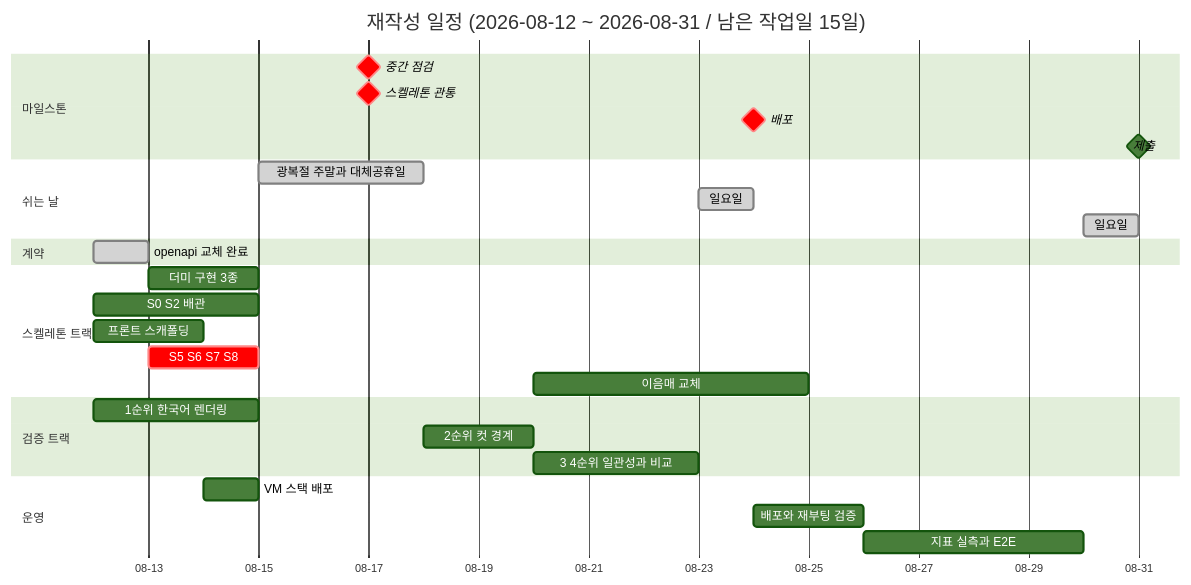
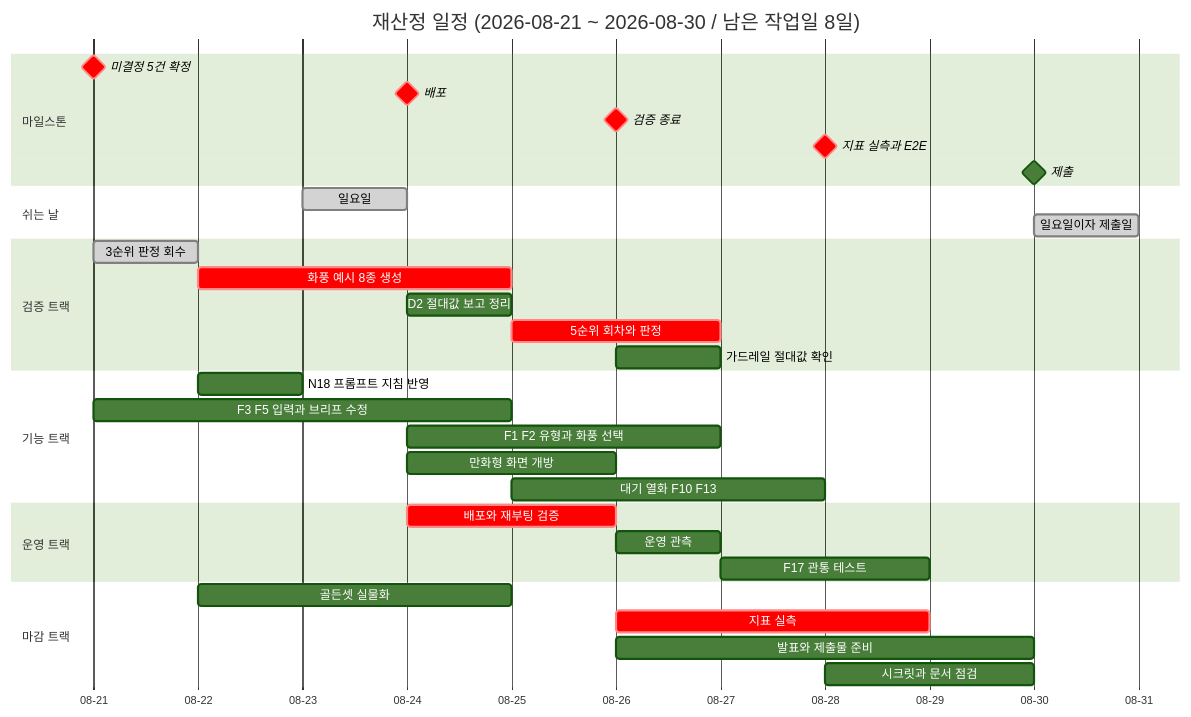
One commit to Codeit-AI10-Part4-3Team/AI10-Part4-3Team-Advanced-Project changed the first of 2 diagrams in docs/역할_일정/00-overall.md. Above: the diagram before and after it, drawn with Mermaid (forest theme). The commit also changed other lines of this file and 12 other files, not shown here.

````diff
--- a/docs/역할_일정/00-overall.md
+++ b/docs/역할_일정/00-overall.md
@@ -108,37 +120,42 @@
 ```mermaid
 gantt
-    title 재작성 일정 (2026-08-12 ~ 2026-08-31 / 남은 작업일 15일)
+    title 재산정 일정 (2026-08-21 ~ 2026-08-30 / 남은 작업일 8일)
     dateFormat YYYY-MM-DD
     axisFormat %m-%d
 
     section 마일스톤
-    중간 점검            :crit, milestone, m3, 2026-08-17, 0d
-    스켈레톤 관통        :crit, milestone, m4, 2026-08-17, 0d
-    배포                :crit, milestone, m5, 2026-08-24, 0d
-    제출                :milestone, m6, 2026-08-31, 0d
+    미결정 5건 확정 :crit, milestone, m1, 2026-08-21, 0d
+    배포                :crit, milestone, m2, 2026-08-24, 0d
+    검증 종료            :crit, milestone, m3, 2026-08-26, 0d
+    지표 실측과 E2E      :crit, milestone, m4, 2026-08-28, 0d
+    제출                :milestone, m5, 2026-08-30, 0d
 
     section 쉬는 날
-    광복절 주말과 대체공휴일 :done, off2, 2026-08-15, 3d
-    일요일                :done, off3, 2026-08-23, 1d
-    일요일                :done, off4, 2026-08-30, 1d
-
-    section 계약
-    openapi 교체 완료     :done, c1, 2026-08-12, 1d
-
-    section 스켈레톤 트랙
-    더미 구현 3종         :s1, 2026-08-13, 2d
-    S0 S2 배관           :s2, 2026-08-12, 3d
-    프론트 스캐폴딩       :s3, 2026-08-12, 2d
-    S5 S6 S7 S8          :crit, s4, 2026-08-13, 2d
-    이음매 교체           :s5, 2026-08-20, 5d
+    일요일               :done, off1, 2026-08-23, 1d
+    일요일이자 제출일      :done, off2, 2026-08-30, 1d
 
     section 검증 트랙
-    1순위 한국어 렌더링    :v1, 2026-08-12, 3d
-    2순위 컷 경계         :v2, 2026-08-18, 2d
-    3 4순위 일관성과 비교  :v3, 2026-08-20, 3d
+    3순위 판정 회수       :done, v1, 2026-08-21, 1d
+    화풍 예시 8종 생성    :crit, v2, 2026-08-22, 3d
+    D2 절대값 보고 정리   :v3, 2026-08-24, 1d
+    5순위 회차와 판정     :crit, v4, 2026-08-25, 2d
+    가드레일 절대값 확인   :v5, 2026-08-26, 1d
 
-    section 운영
-    VM 스택 배포          :o1, 2026-08-14, 1d
-    배포와 재부팅 검증     :o2, 2026-08-24, 2d
-    지표 실측과 E2E       :o3, 2026-08-26, 4d
+    section 기능 트랙
+    N18 프롬프트 지침 반영 :f1, 2026-08-22, 1d
+    F3 F5 입력과 브리프 수정 :f2, 2026-08-21, 4d
+    F1 F2 유형과 화풍 선택 :f3, 2026-08-24, 3d
+    만화형 화면 개방      :f4, 2026-08-24, 2d
+    대기 열화 F10 F13    :f5, 2026-08-25, 3d
+
+    section 운영 트랙
+    배포와 재부팅 검증    :crit, o1, 2026-08-24, 2d
+    운영 관측            :o2, 2026-08-26, 1d
+    F17 관통 테스트      :o3, 2026-08-27, 2d
+
+    section 마감 트랙
+    골든셋 실물화        :q1, 2026-08-22, 3d
+    지표 실측           :crit, q2, 2026-08-26, 3d
+    발표와 제출물 준비    :q3, 2026-08-26, 4d
+    시크릿과 문서 점검    :q4, 2026-08-28, 2d
 ```
````
